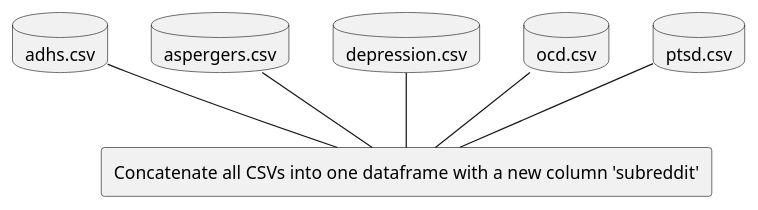
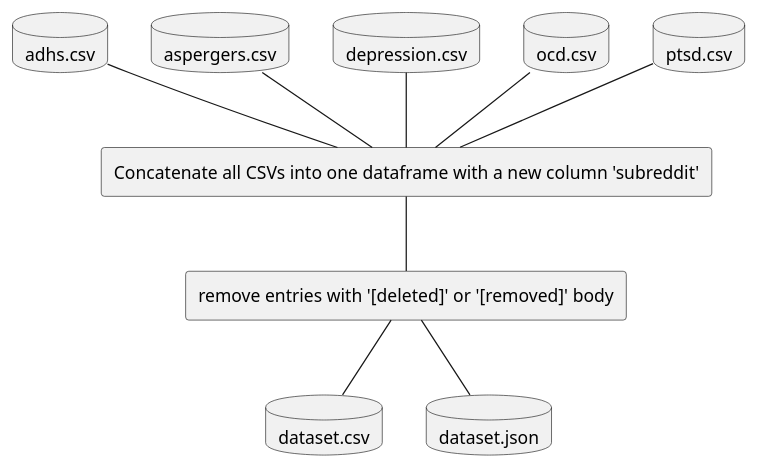
Before and after one commit to vasco-oliv/PRI_T08_G82: the diagram in pipeline.plantuml, drawn with PlantUML.

Commit message:
Finished pipeline UML

```diff
--- a/pipeline.plantuml
+++ b/pipeline.plantuml
@@ -1,26 +1,37 @@
 @startuml pipeline
 
 
 ' Two database elements side by side
 database "adhs.csv" as ADHDCsv {
 }
 database "aspergers.csv" as AspergersCsv {
 }
 database "depression.csv" as DepressionCsv {
 }
 database "ocd.csv" as OCDCsv {
 }
 database "ptsd.csv" as PTSDCsv {
 }
 
 rectangle "Concatenate all CSVs into one dataframe with a new column 'subreddit'" as Concatenate
 
 ADHDCsv -- Concatenate
 AspergersCsv -- Concatenate
 DepressionCsv -- Concatenate
 OCDCsv -- Concatenate
 PTSDCsv -- Concatenate
 
+rectangle "remove entries with '[deleted]' or '[removed]' body" as RemoveDeleted
 
+Concatenate -- RemoveDeleted
+
+database "dataset.csv" as DatasetCSV {
+}
+
+database "dataset.json" as DatasetJSON {
+}
+
+RemoveDeleted -- DatasetCSV
+RemoveDeleted -- DatasetJSON
 
 @enduml
```
